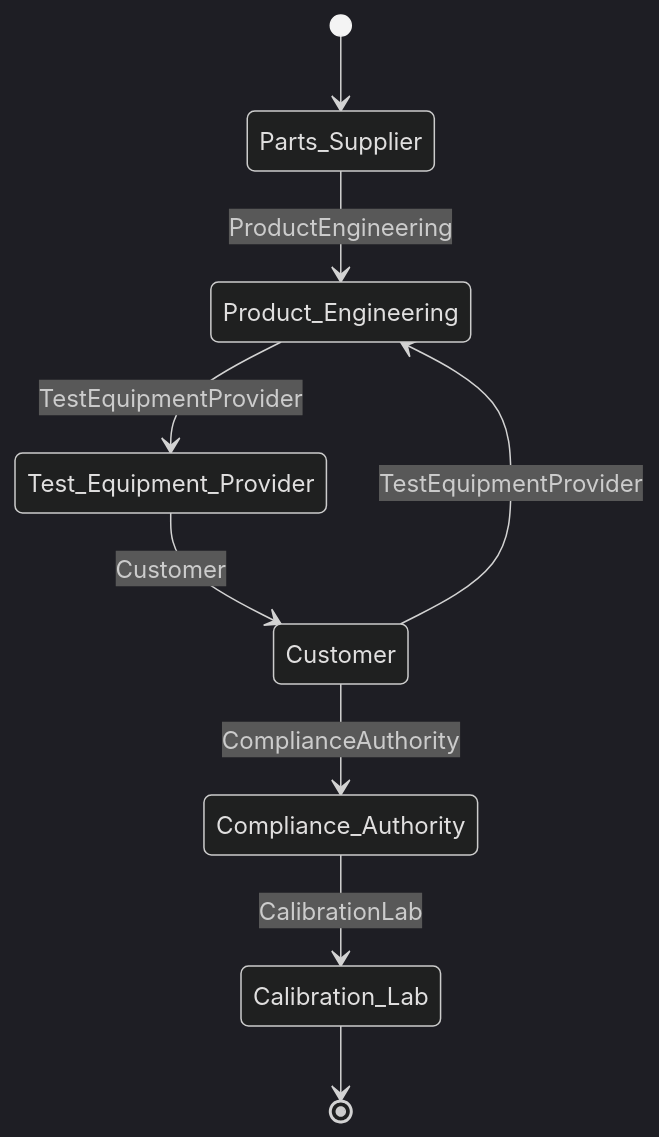
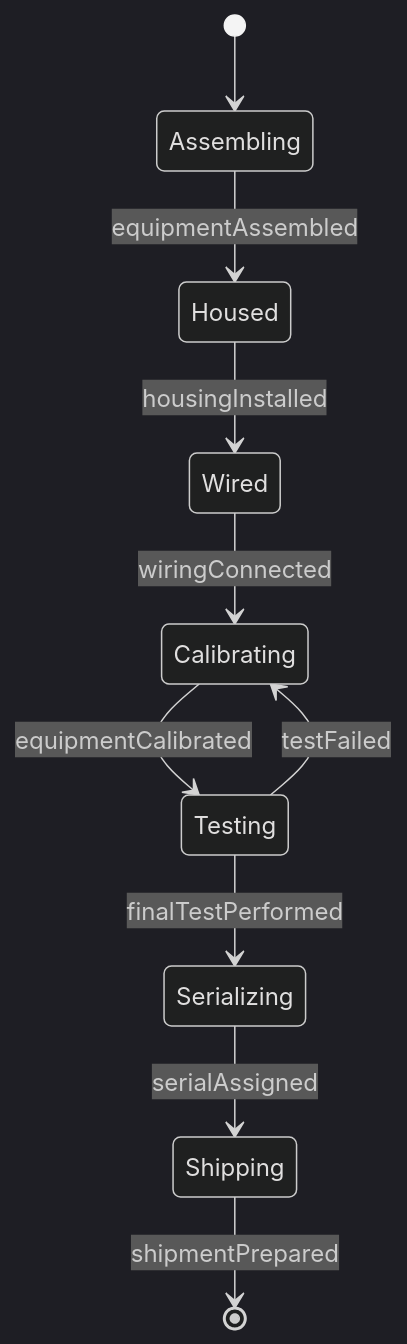
The second of 4 diagrams in HandlingAndMovingObjects/AssembleEquipmentOrComponents/AssembleElectricalElectronicEquipment.mdx (dot-org-ai/tasks.org.ai), drawn with Mermaid (dark theme) before and after one commit. The commit also changed other lines of this file and 515 other files, not shown here.

````diff
--- a/HandlingAndMovingObjects/AssembleEquipmentOrComponents/AssembleElectricalElectronicEquipment.mdx
+++ b/HandlingAndMovingObjects/AssembleEquipmentOrComponents/AssembleElectricalElectronicEquipment.mdx
@@ -101,11 +99,12 @@
 ```mermaid
 stateDiagram-v2
-    [*] --> Parts_Supplier
-    Parts_Supplier --> Product_Engineering: ProductEngineering
-    Product_Engineering --> Test_Equipment_Provider: TestEquipmentProvider
-    Test_Equipment_Provider --> Customer: Customer
-    Customer --> Compliance_Authority: ComplianceAuthority
-    Compliance_Authority --> Calibration_Lab: CalibrationLab
-    Customer --> Product_Engineering: TestEquipmentProvider
-    Calibration_Lab --> [*]
+    [*] --> Assembling
+    Assembling --> Housed : equipmentAssembled
+    Housed --> Wired : housingInstalled
+    Wired --> Calibrating : wiringConnected
+    Calibrating --> Testing : equipmentCalibrated
+    Testing --> Serializing : finalTestPerformed
+    Serializing --> Shipping : serialAssigned
+    Testing --> Calibrating : testFailed
+    Shipping --> [*] : shipmentPrepared
 ```
````
